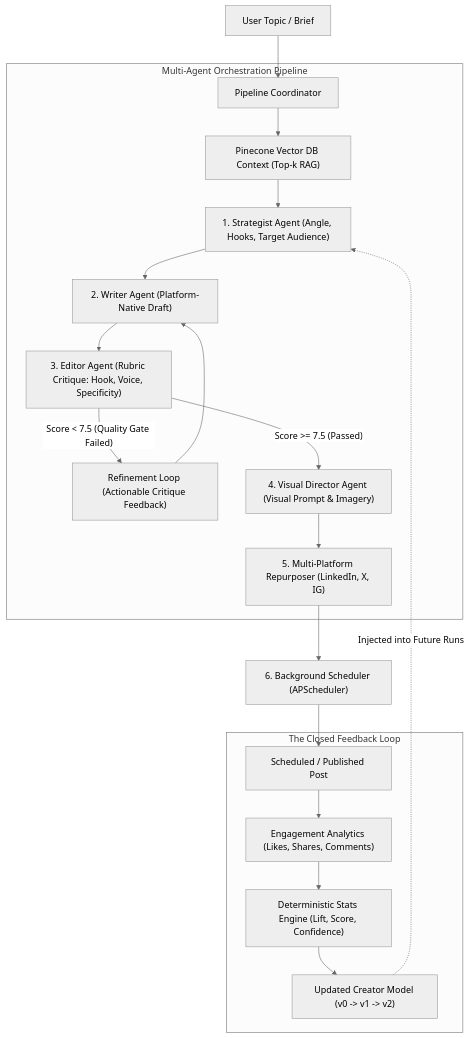
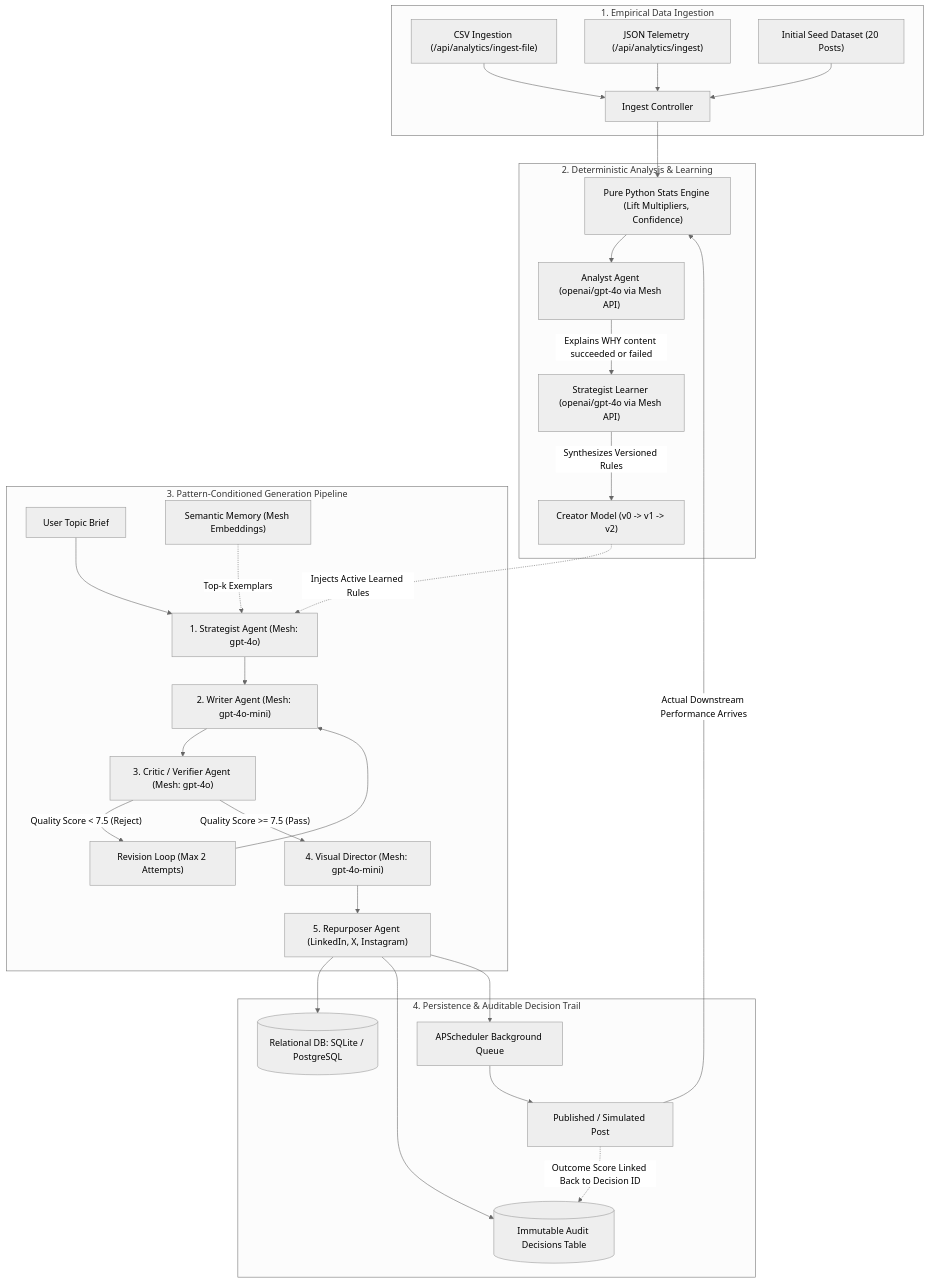
The diagram in README.md (utkarshofficial999/createros), drawn with Mermaid (neutral theme) before and after one commit. The commit also changed other lines of this file and 42 other files, not shown here.

Commit message:
feat(submission): complete CreatorOS self-improving studio for Agent Arena 2026

````diff
--- a/README.md
+++ b/README.md
@@ -18,28 +39,40 @@
 ```mermaid
 graph TD
-    UserBrief["User Topic / Brief"] --> Coordinator["Pipeline Coordinator"]
-    
-    subgraph MultiAgentPipeline ["Multi-Agent Orchestration Pipeline"]
-        Coordinator --> RAG["Pinecone Vector DB Context (Top-k RAG)"]
-        RAG --> Strategist["1. Strategist Agent (Angle, Hooks, Target Audience)"]
-        Strategist --> Writer["2. Writer Agent (Platform-Native Draft)"]
-        
-        Writer --> Editor["3. Editor Agent (Rubric Critique: Hook, Voice, Specificity)"]
-        
-        Editor -- "Score < 7.5 (Quality Gate Failed)" --> RefinementLoop["Refinement Loop (Actionable Critique Feedback)"]
-        RefinementLoop --> Writer
-        
-        Editor -- "Score >= 7.5 (Passed)" --> Visual["4. Visual Director Agent (Visual Prompt & Imagery)"]
-        Visual --> Repurposer["5. Multi-Platform Repurposer (LinkedIn, X, IG)"]
+    subgraph DataIngestion ["1. Empirical Data Ingestion"]
+        CSV["CSV Ingestion (/api/analytics/ingest-file)"] --> IngestEngine["Ingest Controller"]
+        JSON["JSON Telemetry (/api/analytics/ingest)"] --> IngestEngine
+        Seed["Initial Seed Dataset (20 Posts)"] --> IngestEngine
     end
 
-    Repurposer --> Scheduler["6. Background Scheduler (APScheduler)"]
-    Scheduler --> Published["Scheduled / Published Post"]
+    subgraph StatsAndAnalyst ["2. Deterministic Analysis & Learning"]
+        IngestEngine --> StatsEngine["Pure Python Stats Engine (Lift Multipliers, Confidence)"]
+        StatsEngine --> AnalystAgent["Analyst Agent (openai/gpt-4o via Mesh API)"]
+        AnalystAgent -- "Explains WHY content succeeded or failed" --> StrategistLearner["Strategist Learner (openai/gpt-4o via Mesh API)"]
+        StrategistLearner -- "Synthesizes Versioned Rules" --> CreatorModel["Creator Model (v0 -> v1 -> v2)"]
+    end
 
-    subgraph FeedbackLearningLoop ["The Closed Feedback Loop"]
-        Published --> Analytics["Engagement Analytics (Likes, Shares, Comments)"]
-        Analytics --> StatsEngine["Deterministic Stats Engine (Lift, Score, Confidence)"]
-        StatsEngine --> CreatorModel["Updated Creator Model (v0 -> v1 -> v2)"]
-        CreatorModel -. "Injected into Future Runs" .-> Strategist
+    subgraph MultiAgentPipeline ["3. Pattern-Conditioned Generation Pipeline"]
+        TopicInput["User Topic Brief"] --> StrategistAgent["1. Strategist Agent (Mesh: gpt-4o)"]
+        CreatorModel -. "Injects Active Learned Rules" .-> StrategistAgent
+        MeshVectorRAG["Semantic Memory (Mesh Embeddings)"] -. "Top-k Exemplars" .-> StrategistAgent
+
+        StrategistAgent --> WriterAgent["2. Writer Agent (Mesh: gpt-4o-mini)"]
+        WriterAgent --> CriticAgent["3. Critic / Verifier Agent (Mesh: gpt-4o)"]
+
+        CriticAgent -- "Quality Score < 7.5 (Reject)" --> RevisionLoop["Revision Loop (Max 2 Attempts)"]
+        RevisionLoop --> WriterAgent
+
+        CriticAgent -- "Quality Score >= 7.5 (Pass)" --> VisualDirector["4. Visual Director (Mesh: gpt-4o-mini)"]
+        VisualDirector --> Repurposer["5. Repurposer Agent (LinkedIn, X, Instagram)"]
+    end
+
+    subgraph PersistenceAndAudit ["4. Persistence & Auditable Decision Trail"]
+        Repurposer --> SQLiteDB[("Relational DB: SQLite / PostgreSQL")]
+        Repurposer --> AuditLog[("Immutable Audit Decisions Table")]
+        Repurposer --> APScheduler["APScheduler Background Queue"]
+        
+        APScheduler --> PublishedPost["Published / Simulated Post"]
+        PublishedPost -- "Actual Downstream Performance Arrives" --> StatsEngine
+        PublishedPost -. "Outcome Score Linked Back to Decision ID" .-> AuditLog
     end
 ```
````
